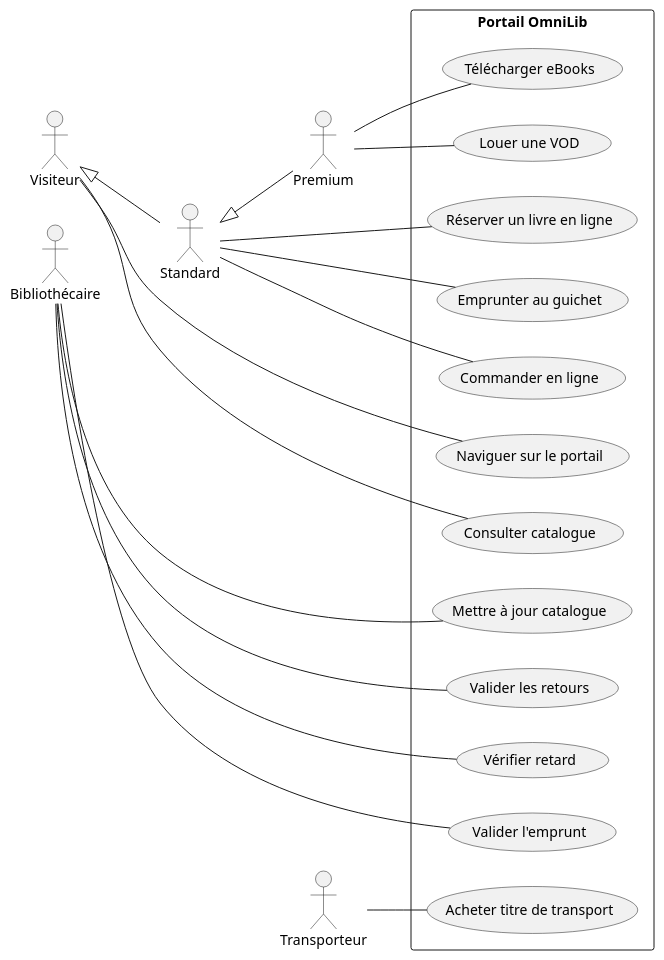
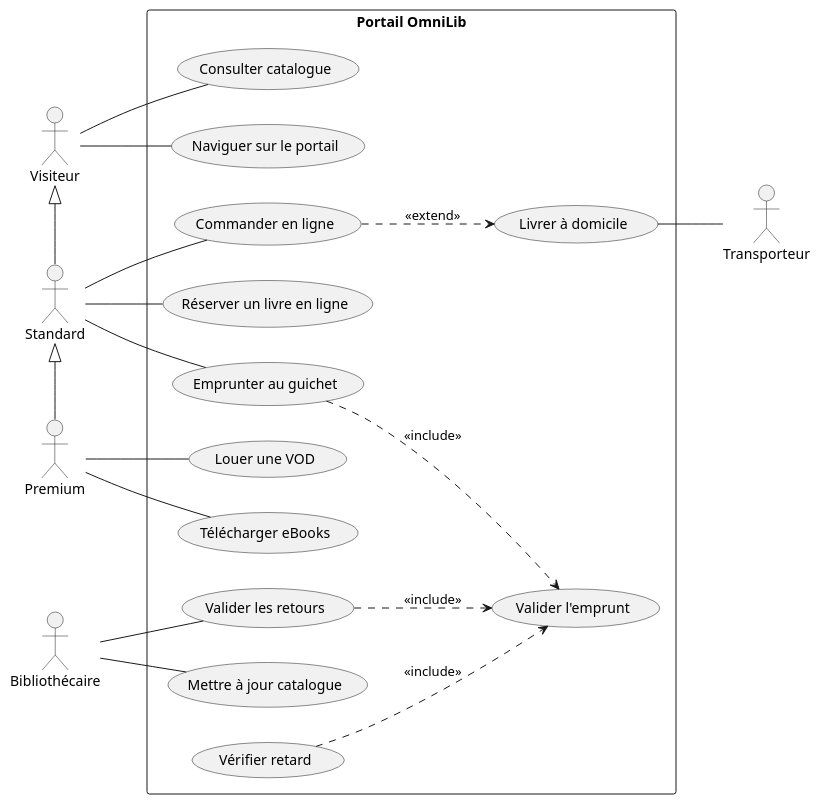
Before and after one commit to OraneM99/omniLib: the diagram in README.md, drawn with PlantUML. The commit also changed 3 other files, not shown here.

Commit message:
Diagramme cas d'utilisation

````diff
--- a/README.md
+++ b/README.md
@@ -3,52 +3,59 @@
 ```plantuml
 @startuml
 left to right direction
 
-together {
-	actor "Visiteur" as VS
-	actor "Standard" as ST
-	actor "Premium" as PR
-	actor "Bibliothécaire" as BL
+actor "Visiteur" as VS
+actor "Standard" as ST
+actor "Premium" as PR
+
+actor "Bibliothécaire" as BL
+
+ST -left-|>  VS
+PR -left-|> ST
+
+' --- SYSTÈME ---
+rectangle "Portail OmniLib" {
+
+    (Naviguer sur le portail) as UC_Portail
+    (Consulter catalogue) as UC_Catalogue
+    (Télécharger eBooks) as UC_Telecharger
+    (Louer une VOD) as UC_Louer
+    (Réserver un livre en ligne) as UC_Reserver
+    (Emprunter au guichet) as UC_Emprunt
+    (Commander en ligne) as UC_Ligne
+    (Livrer à domicile) as UC_Transport 
+
+    (Mettre à jour catalogue) as UC_MiseAJour
+    (Valider les retours) as UC_Retours
+    (Vérifier retard) as UC_Verifier
+    (Valider l'emprunt) as UC_Valider
+
+
+    UC_Emprunt ..> UC_Valider : <<include>>
+    UC_Verifier ..> UC_Valider : <<include>>
+    UC_Retours ..> UC_Valider : <<include>>
+    UC_Ligne ..> UC_Transport : <<extend>>
 }
 
-rectangle "Portail OmniLib" {
-	usecase "Naviguer sur le portail" as UC_Portail
-	usecase "Consulter catalogue" as UC_Catalogue
-	usecase "Mettre à jour catalogue" as UC_MiseAJour
-	usecase "Valider les retours" as UC_Retours
-	usecase "Télécharger eBooks" as UC_Telecharger
-	usecase "Louer une VOD" as UC_Louer
-	usecase "Réserver un livre en ligne" as UC_Reserver
-	usecase "Emprunter au guichet" as UC_Emprunt
-	usecase "Vérifier retard" as UC_Verifier
-	usecase "Valider l'emprunt" as UC_Valider
-	usecase "Commander en ligne" as UC_Ligne
-	usecase "Acheter titre de transport" as UC_Transport 
-}
+actor "Transporteur" as TR
 
 VS -- UC_Portail
 VS -- UC_Catalogue
 
-VS <|-- ST
-ST <|-- PR
-
-ST -- UC_Emprunt
 ST -- UC_Reserver
 ST -- UC_Ligne
+ST -- UC_Emprunt
 
 PR -- UC_Telecharger
 PR -- UC_Louer
 
-BL -- UC_Valider
-BL -- UC_Verifier
+BL -- UC_MiseAJour
 BL -- UC_Retours
-BL -- UC_MiseAJour
 
-together {
-	actor "Transporteur" as TR
-}
 
-TR -- UC_Transport
+
+UC_Transport -- TR 
+
 
 @enduml
 ```
````
